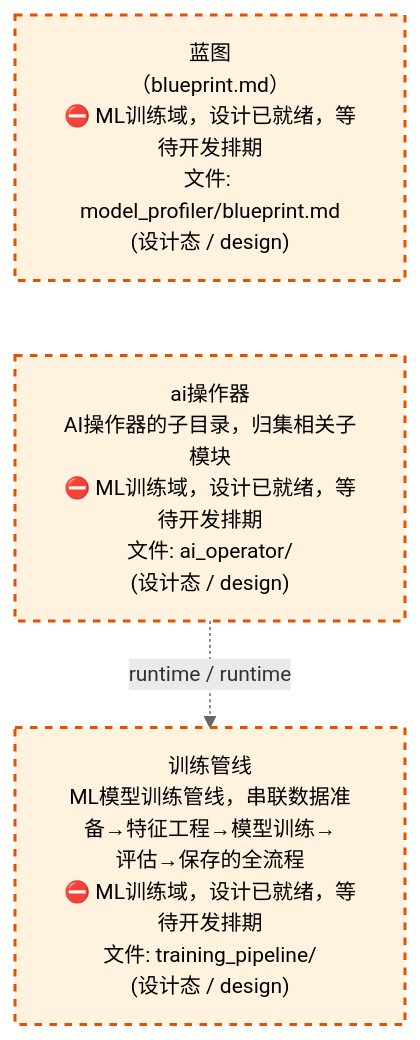
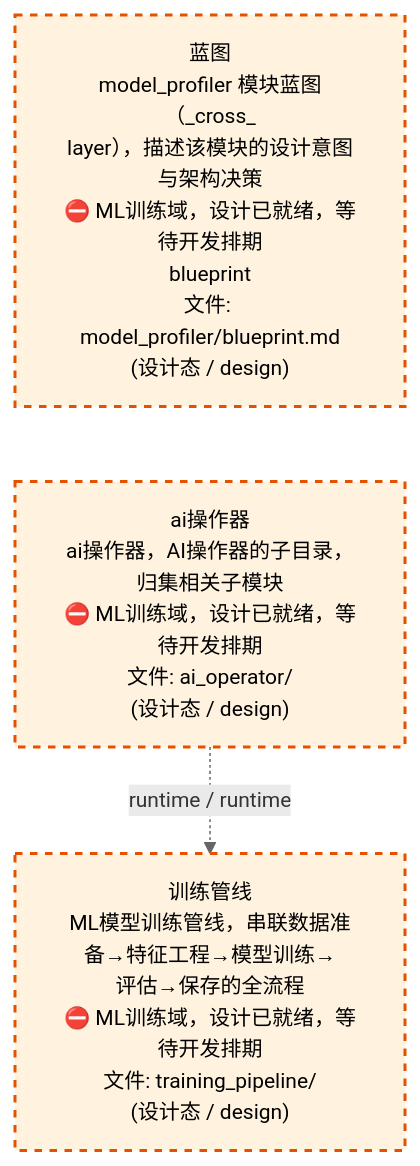
Before and after one commit to xuanFelixVan/ZephyrAlpha: the third of 4 diagrams in docs/02_enterprise_architecture/02_domain_architecture_docs/61_d_ml_train.md, drawn with Mermaid. The commit also changed other lines of this file and 63 other files, not shown here.

````diff
--- a/docs/02_enterprise_architecture/02_domain_architecture_docs/61_d_ml_train.md
+++ b/docs/02_enterprise_architecture/02_domain_architecture_docs/61_d_ml_train.md
@@ -119,14 +119,14 @@
 ```mermaid
 %%{init: {'theme': 'base', 'themeVariables': {'primaryColor': '#eaeaea', 'primaryTextColor': '#333333', 'primaryBorderColor': '#666666', 'lineColor': '#666666', 'secondaryColor': '#eaeaea', 'tertiaryColor': '#eaeaea', 'fontSize': '14px'}}}%%
 flowchart TD
-    docs_03_modules_cross_layer_model_profiler_blueprint_md["蓝图<br/>（blueprint.md）<br/>⛔ ML训练域，设计已就绪，等待开发排期<br/>文件: model_profiler/blueprint.md<br/>(设计态 / design)"]
-    src_zephyr_ml_train_ai_operator["ai操作器<br/>AI操作器的子目录，归集相关子模块<br/>⛔ ML训练域，设计已就绪，等待开发排期<br/>文件: ai_operator/<br/>(设计态 / design)"]
+    docs_03_modules_cross_layer_model_profiler_blueprint_md["蓝图<br/>model_profiler 模块蓝图（_cross_<br/>layer），描述该模块的设计意图与架构决策<br/>⛔ ML训练域，设计已就绪，等待开发排期<br/>blueprint<br/>文件: model_profiler/blueprint.md<br/>(设计态 / design)"]
+    src_zephyr_ml_train_ai_operator["ai操作器<br/>ai操作器，AI操作器的子目录，归集相关子模块<br/>⛔ ML训练域，设计已就绪，等待开发排期<br/>文件: ai_operator/<br/>(设计态 / design)"]
     docs_03_modules_cross_layer_model_profiler_blueprint_md ~~~ src_zephyr_ml_train_ai_operator
     src_zephyr_ml_train_training_pipeline["训练管线<br/>ML模型训练管线，串联数据准备→特征工程→模型训练→<br/>评估→保存的全流程<br/>⛔ ML训练域，设计已就绪，等待开发排期<br/>文件: training_pipeline/<br/>(设计态 / design)"]
     src_zephyr_ml_train_ai_operator -.->|runtime / runtime| src_zephyr_ml_train_training_pipeline
     classDef production fill:#e1f5fe,stroke:#01579b,stroke-width:2px,color:#000
     classDef design fill:#fff3e0,stroke:#e65100,stroke-width:2px,color:#000,stroke-dasharray: 5 5
     classDef external_prod fill:#e8f4fd,stroke:#0277bd,stroke-width:1px,color:#000
     classDef external_design fill:#fff8e7,stroke:#ef6c00,stroke-width:1px,color:#000,stroke-dasharray: 5 5
     class docs_03_modules_cross_layer_model_profiler_blueprint_md,src_zephyr_ml_train_ai_operator,src_zephyr_ml_train_training_pipeline design
 ```
````
